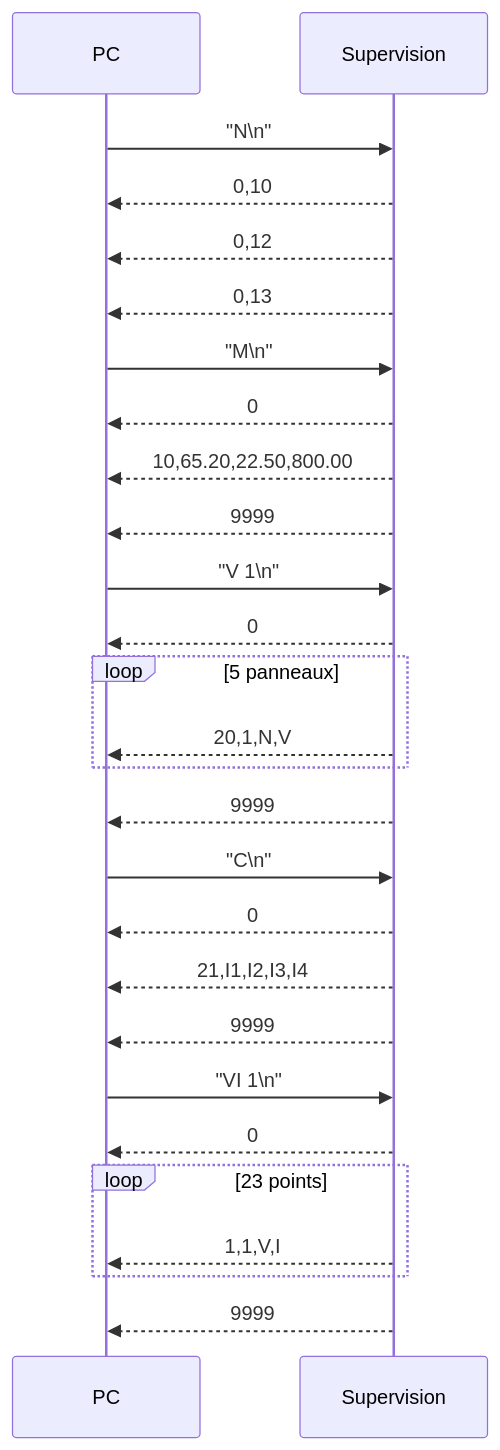
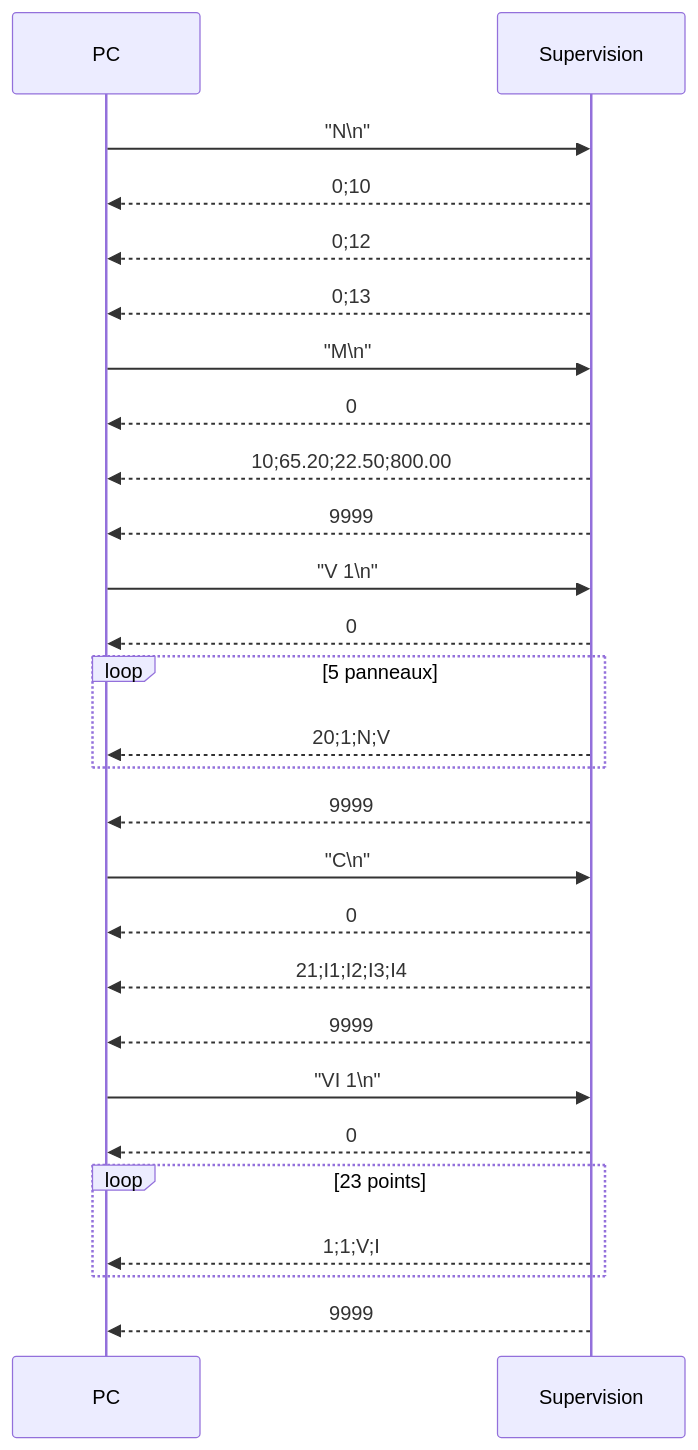
The eighth of 8 diagrams in docs/serial_protocol.md (baptisteB00/Projet_LAOS), drawn with Mermaid before and after one commit. The commit also changed other lines of this file, not shown here.

Commit message:
fix : point-virgules dans diagrammes mermaid via entite #59;

````diff
--- a/docs/serial_protocol.md
+++ b/docs/serial_protocol.md
@@ -236,34 +236,34 @@
 ```mermaid
 sequenceDiagram
     participant PC
     participant SUP as Supervision
 
     PC->>SUP: "N\n"
-    SUP-->>PC: 0,10
-    SUP-->>PC: 0,12
-    SUP-->>PC: 0,13
+    SUP-->>PC: 0#59;10
+    SUP-->>PC: 0#59;12
+    SUP-->>PC: 0#59;13
 
     PC->>SUP: "M\n"
     SUP-->>PC: 0
-    SUP-->>PC: 10,65.20,22.50,800.00
+    SUP-->>PC: 10#59;65.20#59;22.50#59;800.00
     SUP-->>PC: 9999
 
     PC->>SUP: "V 1\n"
     SUP-->>PC: 0
     loop 5 panneaux
-        SUP-->>PC: 20,1,N,V
+        SUP-->>PC: 20#59;1#59;N#59;V
     end
     SUP-->>PC: 9999
 
     PC->>SUP: "C\n"
     SUP-->>PC: 0
-    SUP-->>PC: 21,I1,I2,I3,I4
+    SUP-->>PC: 21#59;I1#59;I2#59;I3#59;I4
     SUP-->>PC: 9999
 
     PC->>SUP: "VI 1\n"
     SUP-->>PC: 0
     loop 23 points
-        SUP-->>PC: 1,1,V,I
+        SUP-->>PC: 1#59;1#59;V#59;I
     end
     SUP-->>PC: 9999
 ```
````
